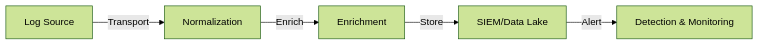
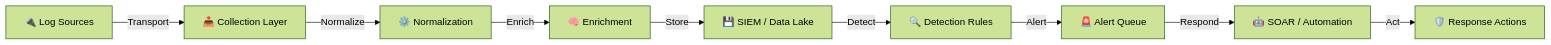
One commit to nutthakorn7/SOC-SOP changed the diagram in 03_User_Guides/Integration_Hub.en.md. Above: the diagram before and after it, drawn with Mermaid (forest theme). The commit also changed other lines of this file and 5 other files, not shown here.

````diff
--- a/03_User_Guides/Integration_Hub.en.md
+++ b/03_User_Guides/Integration_Hub.en.md
@@ -7,7 +9,11 @@
 ```mermaid
 graph LR
-    Source[Log Source] -->|Transport| Normal[Normalization]
-    Normal -->|Enrich| Enrich[Enrichment]
-    Enrich -->|Store| Storage[SIEM/Data Lake]
-    Storage -->|Alert| Monitor[Detection & Monitoring]
+    Source["🔌 Log Sources"] -->|Transport| Collect["📥 Collection Layer"]
+    Collect -->|Normalize| Normalize["⚙️ Normalization"]
+    Normalize -->|Enrich| Enrich["🧠 Enrichment"]
+    Enrich -->|Store| SIEM["💾 SIEM / Data Lake"]
+    SIEM -->|Detect| Rules["🔍 Detection Rules"]
+    Rules -->|Alert| Alert["🚨 Alert Queue"]
+    Alert -->|Respond| SOAR["🤖 SOAR / Automation"]
+    SOAR -->|Act| Response["🛡️ Response Actions"]
 ```
````
